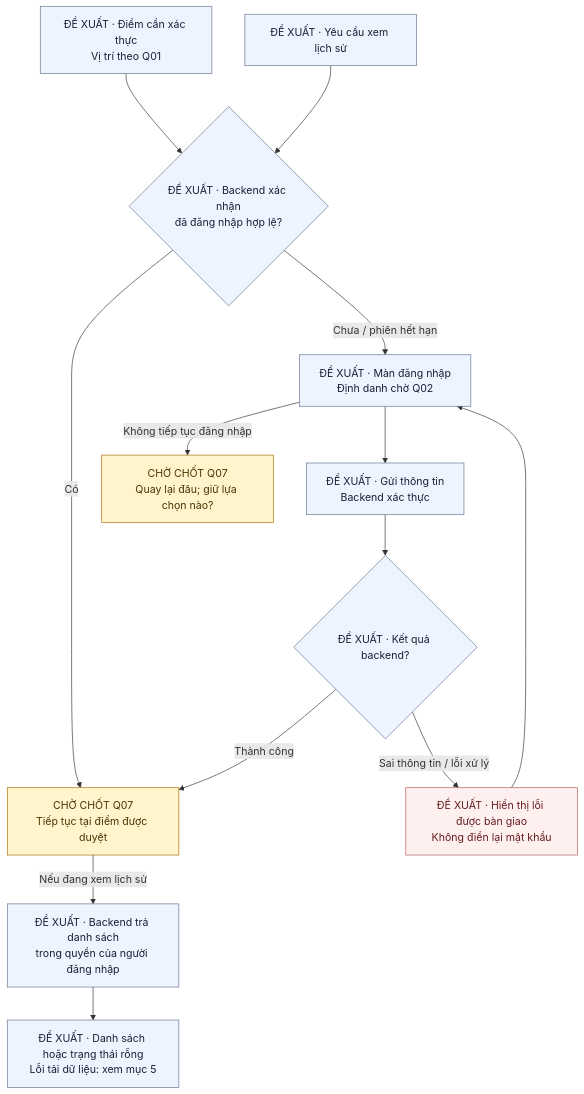
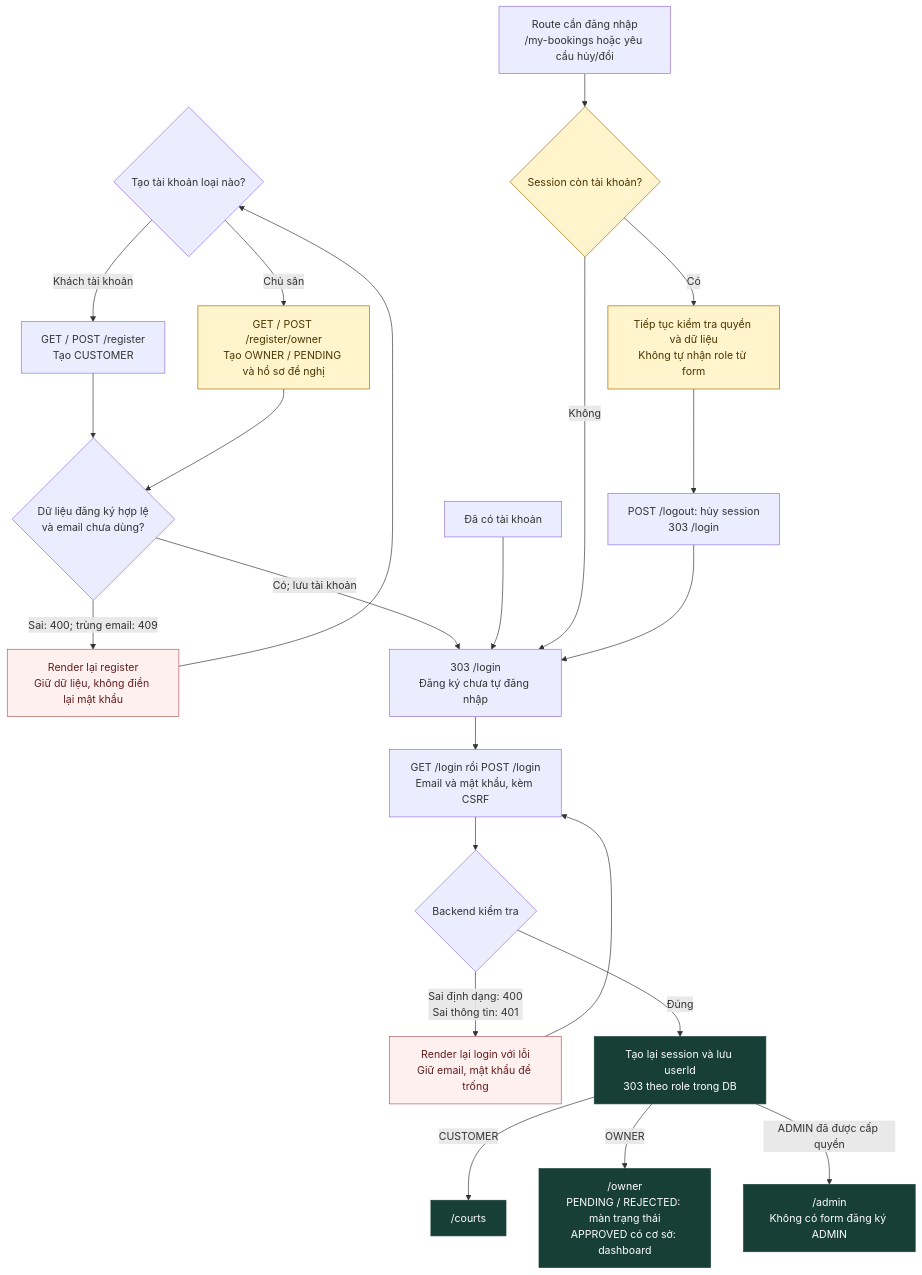
Before and after one commit to indominusrex932005-arch/dat-san-tu-dau: the diagram in docs/luong-su-dung/dang-nhap.mmd, drawn with Mermaid. The commit also changed 5 other files, not shown here.

```diff
--- a/docs/luong-su-dung/dang-nhap.mmd
+++ b/docs/luong-su-dung/dang-nhap.mmd
@@ -1,19 +1,28 @@
 flowchart TD
-    N["ĐỀ XUẤT · Điểm cần xác thực<br/>Vị trí theo Q01"] --> V{"ĐỀ XUẤT · Backend xác nhận<br/>đã đăng nhập hợp lệ?"}
-    V -->|"Có"| T["CHỜ CHỐT Q07<br/>Tiếp tục tại điểm được duyệt"]
-    V -->|"Chưa / phiên hết hạn"| I["ĐỀ XUẤT · Màn đăng nhập<br/>Định danh chờ Q02"]
-    I --> J["ĐỀ XUẤT · Gửi thông tin<br/>Backend xác thực"]
-    J --> O{"ĐỀ XUẤT · Kết quả backend?"}
-    O -->|"Thành công"| T
-    O -->|"Sai thông tin / lỗi xử lý"| E["ĐỀ XUẤT · Hiển thị lỗi được bàn giao<br/>Không điền lại mật khẩu"]
-    E --> I
-    I -->|"Không tiếp tục đăng nhập"| X["CHỜ CHỐT Q07<br/>Quay lại đâu; giữ lựa chọn nào?"]
-    L["ĐỀ XUẤT · Yêu cầu xem lịch sử"] --> V
-    T -->|"Nếu đang xem lịch sử"| H["ĐỀ XUẤT · Backend trả danh sách<br/>trong quyền của người đăng nhập"]
-    H --> D["ĐỀ XUẤT · Danh sách hoặc trạng thái rỗng<br/>Lỗi tải dữ liệu: xem mục 5"]
-    classDef proposed fill:#edf4ff,color:#172033,stroke:#64748b
-    classDef pending fill:#fff4cc,color:#4b3500,stroke:#a66b00
+    A{"Tạo tài khoản loại nào?"} -->|"Khách tài khoản"| B["GET / POST /register<br/>Tạo CUSTOMER"]
+    A -->|"Chủ sân"| C["GET / POST /register/owner<br/>Tạo OWNER / PENDING và hồ sơ đề nghị"]
+    B --> D{"Dữ liệu đăng ký hợp lệ<br/>và email chưa dùng?"}
+    C --> D
+    D -->|"Sai: 400; trùng email: 409"| E["Render lại register<br/>Giữ dữ liệu, không điền lại mật khẩu"]
+    E --> A
+    D -->|"Có; lưu tài khoản"| F["303 /login<br/>Đăng ký chưa tự đăng nhập"]
+    G["Đã có tài khoản"] --> F
+    F --> H["GET /login rồi POST /login<br/>Email và mật khẩu, kèm CSRF"]
+    H --> I{"Backend kiểm tra"}
+    I -->|"Sai định dạng: 400<br/>Sai thông tin: 401"| J["Render lại login với lỗi<br/>Giữ email, mật khẩu để trống"]
+    J --> H
+    I -->|"Đúng"| K["Tạo lại session và lưu userId<br/>303 theo role trong DB"]
+    K -->|"CUSTOMER"| L["/courts"]
+    K -->|"OWNER"| M["/owner<br/>PENDING / REJECTED: màn trạng thái<br/>APPROVED có cơ sở: dashboard"]
+    K -->|"ADMIN đã được cấp quyền"| N["/admin<br/>Không có form đăng ký ADMIN"]
+    O["Route cần đăng nhập<br/>/my-bookings hoặc yêu cầu hủy/đổi"] --> P{"Session còn tài khoản?"}
+    P -->|"Không"| F
+    P -->|"Có"| Q["Tiếp tục kiểm tra quyền và dữ liệu<br/>Không tự nhận role từ form"]
+    Q --> R["POST /logout: hủy session<br/>303 /login"]
+    R --> F
+    classDef done fill:#173f35,color:#fff,stroke:#173f35
+    classDef notice fill:#fff4cc,color:#4b3500,stroke:#a66b00
     classDef error fill:#fff0f0,color:#641d1d,stroke:#b45a5a
-    class N,V,I,J,O,L,H,D proposed
-    class T,X pending
-    class E error
+    class K,L,M,N done
+    class C,P,Q notice
+    class E,J error
```
